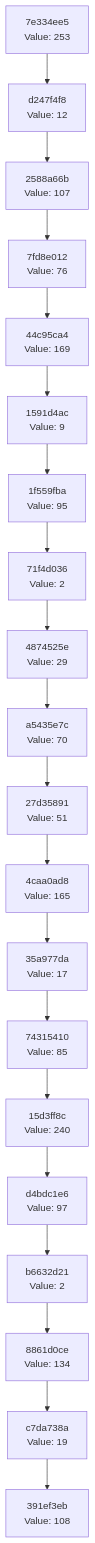
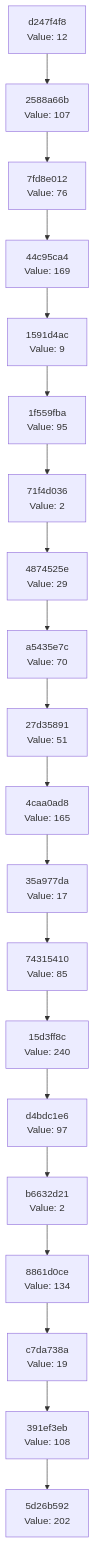
The diagram in docs/CHAIN_VISUALIZATION.md (Abhisheksinha1506/hash-chain-evolver), drawn with Mermaid before and after one commit. The commit also changed 2 other files, not shown here.

Commit message:
Evolution Step

````diff
--- a/docs/CHAIN_VISUALIZATION.md
+++ b/docs/CHAIN_VISUALIZATION.md
@@ -3,42 +3,42 @@
 ```mermaid
 graph TD
-    C0["391ef3eb<br/>Value: 108"]
-    C1["c7da738a<br/>Value: 19"]
+    C0["5d26b592<br/>Value: 202"]
+    C1["391ef3eb<br/>Value: 108"]
     C1 --> C0
-    C2["8861d0ce<br/>Value: 134"]
+    C2["c7da738a<br/>Value: 19"]
     C2 --> C1
-    C3["b6632d21<br/>Value: 2"]
+    C3["8861d0ce<br/>Value: 134"]
     C3 --> C2
-    C4["d4bdc1e6<br/>Value: 97"]
+    C4["b6632d21<br/>Value: 2"]
     C4 --> C3
-    C5["15d3ff8c<br/>Value: 240"]
+    C5["d4bdc1e6<br/>Value: 97"]
     C5 --> C4
-    C6["74315410<br/>Value: 85"]
+    C6["15d3ff8c<br/>Value: 240"]
     C6 --> C5
-    C7["35a977da<br/>Value: 17"]
+    C7["74315410<br/>Value: 85"]
     C7 --> C6
-    C8["4caa0ad8<br/>Value: 165"]
+    C8["35a977da<br/>Value: 17"]
     C8 --> C7
-    C9["27d35891<br/>Value: 51"]
+    C9["4caa0ad8<br/>Value: 165"]
     C9 --> C8
-    C10["a5435e7c<br/>Value: 70"]
+    C10["27d35891<br/>Value: 51"]
     C10 --> C9
-    C11["4874525e<br/>Value: 29"]
+    C11["a5435e7c<br/>Value: 70"]
     C11 --> C10
-    C12["71f4d036<br/>Value: 2"]
+    C12["4874525e<br/>Value: 29"]
     C12 --> C11
-    C13["1f559fba<br/>Value: 95"]
+    C13["71f4d036<br/>Value: 2"]
     C13 --> C12
-    C14["1591d4ac<br/>Value: 9"]
+    C14["1f559fba<br/>Value: 95"]
     C14 --> C13
-    C15["44c95ca4<br/>Value: 169"]
+    C15["1591d4ac<br/>Value: 9"]
     C15 --> C14
-    C16["7fd8e012<br/>Value: 76"]
+    C16["44c95ca4<br/>Value: 169"]
     C16 --> C15
-    C17["2588a66b<br/>Value: 107"]
+    C17["7fd8e012<br/>Value: 76"]
     C17 --> C16
-    C18["d247f4f8<br/>Value: 12"]
+    C18["2588a66b<br/>Value: 107"]
     C18 --> C17
-    C19["7e334ee5<br/>Value: 253"]
+    C19["d247f4f8<br/>Value: 12"]
     C19 --> C18
 ```
````
